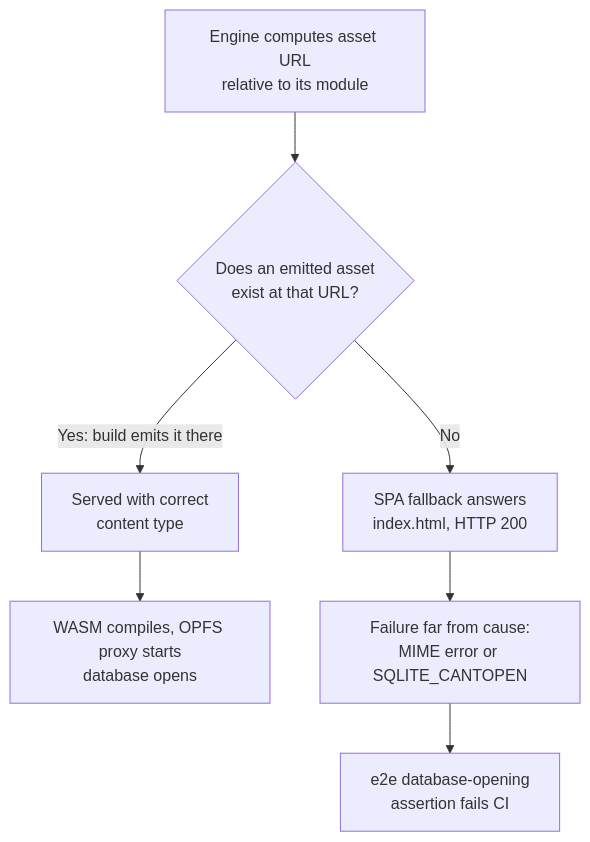
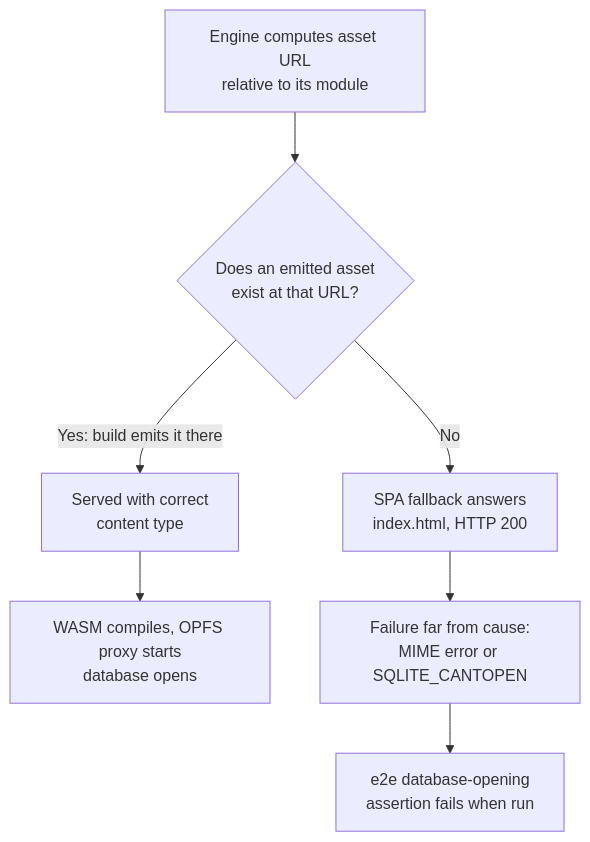
Before and after one commit to gjchentw/mmex-pwa: the diagram in openspec/changes/fix-wasm-path-resolution/specs/infrastructure-baseline/spec.md, drawn with Mermaid. The commit also changed other lines of this file and 7 other files, not shown here.

````diff
--- a/openspec/changes/fix-wasm-path-resolution/specs/infrastructure-baseline/spec.md
+++ b/openspec/changes/fix-wasm-path-resolution/specs/infrastructure-baseline/spec.md
@@ -18,9 +18,9 @@
 ```mermaid
 flowchart TD
     A[Engine computes asset URL<br/>relative to its module] --> B{Does an emitted asset<br/>exist at that URL?}
     B -->|Yes: build emits it there| C[Served with correct<br/>content type]
     C --> D[WASM compiles, OPFS proxy starts<br/>database opens]
     B -->|No| E[SPA fallback answers<br/>index.html, HTTP 200]
     E --> F[Failure far from cause:<br/>MIME error or SQLITE_CANTOPEN]
-    F --> G[e2e database-opening<br/>assertion fails CI]
+    F --> G[e2e database-opening<br/>assertion fails when run]
 ```
````
